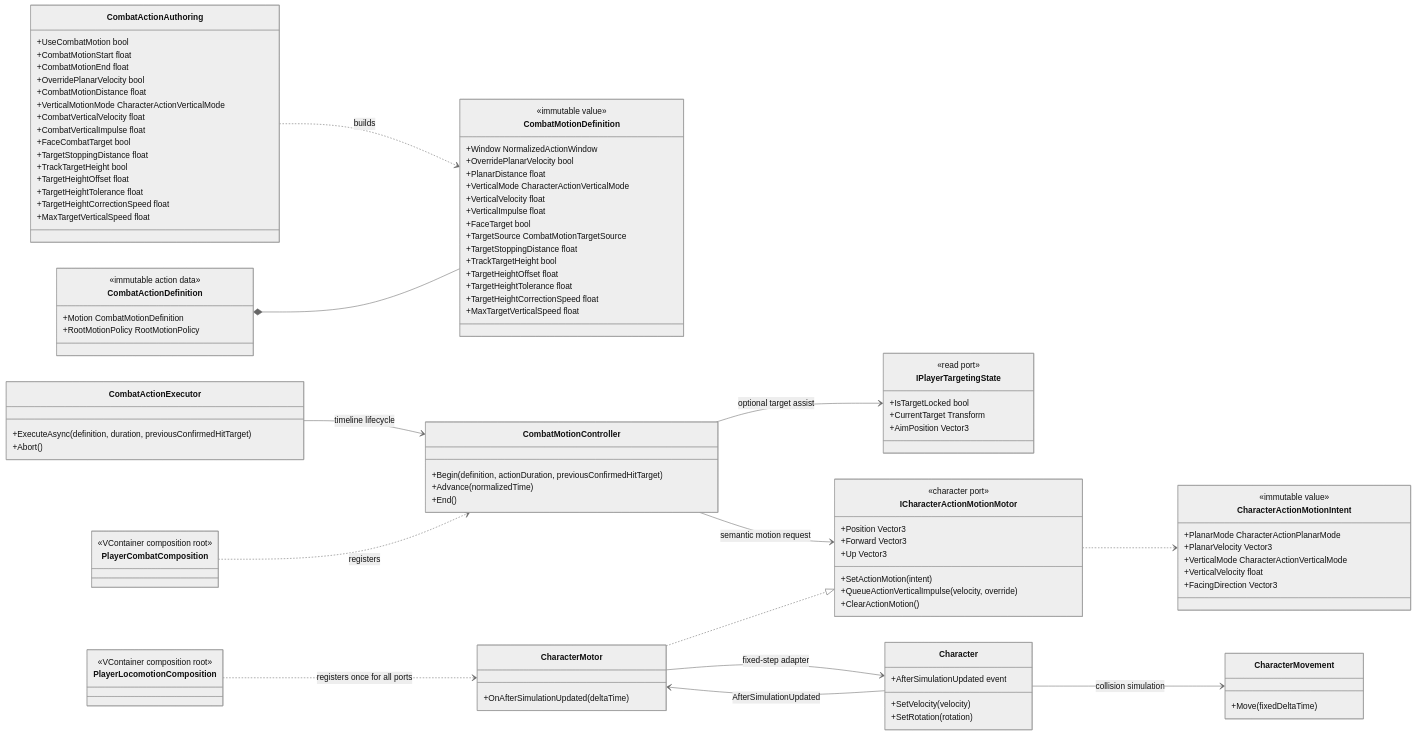
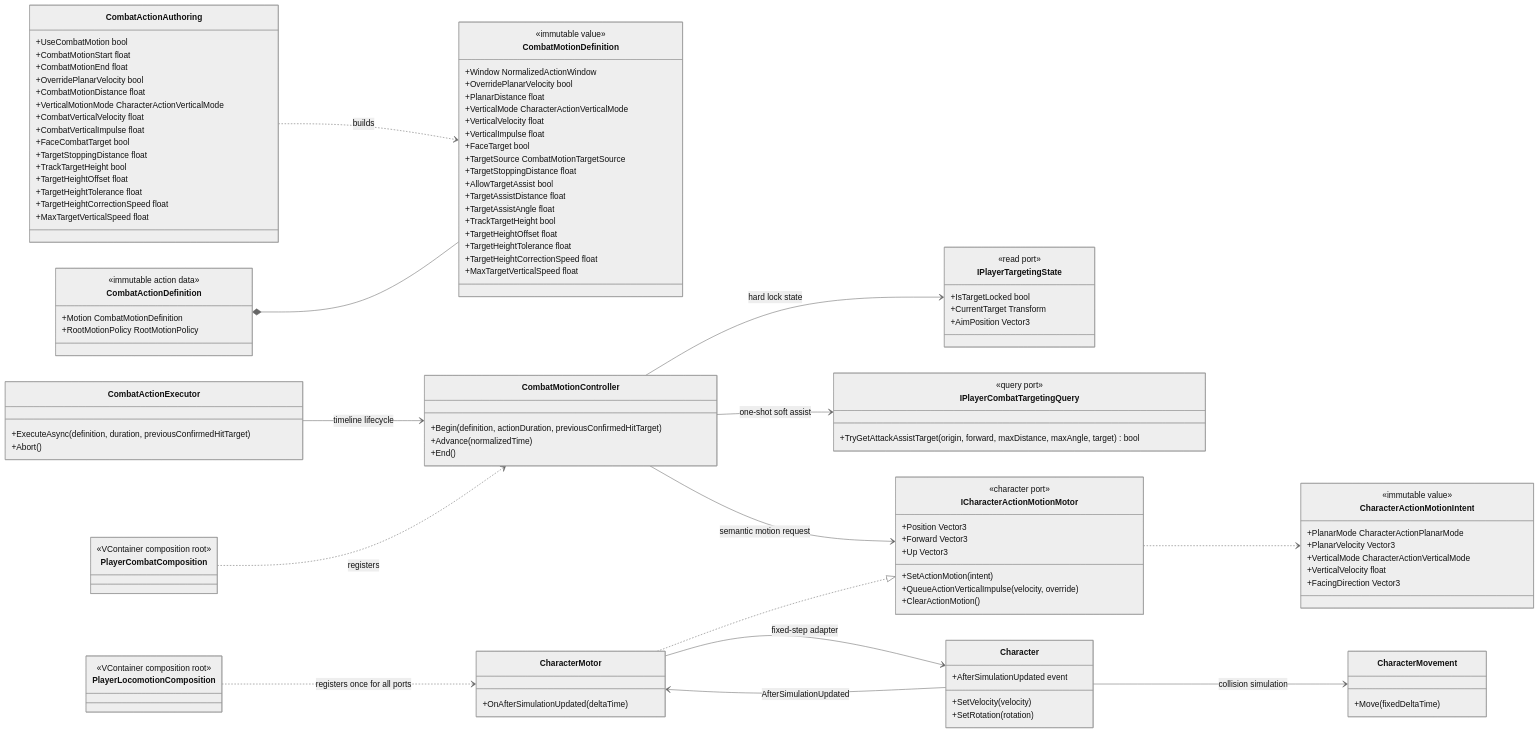
Before and after one commit to MaximFonariuc/project-s: the first of 2 diagrams in Docs/Architecture/Combat.Motion.md, drawn with Mermaid (neutral theme). The commit also changed other lines of this file and 9 other files, not shown here.

Commit message:
feat(combat): add attack target assist

```diff
--- a/Docs/Architecture/Combat.Motion.md
+++ b/Docs/Architecture/Combat.Motion.md
@@ -50,6 +50,9 @@
         +FaceTarget bool
         +TargetSource CombatMotionTargetSource
         +TargetStoppingDistance float
+        +AllowTargetAssist bool
+        +TargetAssistDistance float
+        +TargetAssistAngle float
         +TrackTargetHeight bool
         +TargetHeightOffset float
         +TargetHeightTolerance float
@@ -70,6 +73,10 @@
         +IsTargetLocked bool
         +CurrentTarget Transform
         +AimPosition Vector3
+    }
+    class IPlayerCombatTargetingQuery {
+        <<query port>>
+        +TryGetAttackAssistTarget(origin, forward, maxDistance, maxAngle, target) bool
     }
     class ICharacterActionMotionMotor {
         <<character port>>
@@ -109,7 +116,8 @@
     CombatActionAuthoring ..> CombatMotionDefinition : builds
     CombatActionDefinition *-- CombatMotionDefinition
     CombatActionExecutor --> CombatMotionController : timeline lifecycle
-    CombatMotionController --> IPlayerTargetingState : optional target assist
+    CombatMotionController --> IPlayerTargetingState : hard lock state
+    CombatMotionController --> IPlayerCombatTargetingQuery : one-shot soft assist
     CombatMotionController --> ICharacterActionMotionMotor : semantic motion request
     CharacterMotor ..|> ICharacterActionMotionMotor
     ICharacterActionMotionMotor ..> CharacterActionMotionIntent
```
